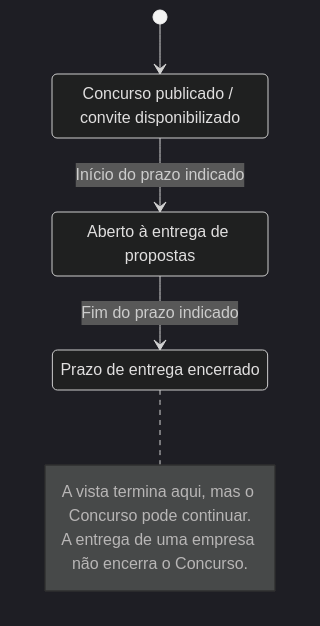
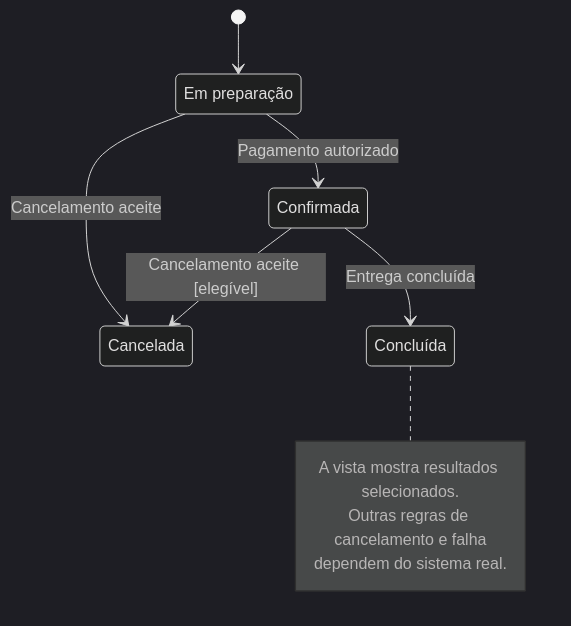
The first of 2 diagrams in context/formats/state-diagrams.md (prumod/cairn-web), drawn with Mermaid (dark theme) before and after one commit. The commit also changed other lines of this file and 5 other files, not shown here.

````diff
--- a/context/formats/state-diagrams.md
+++ b/context/formats/state-diagrams.md
@@ -22,15 +22,19 @@
 ```mermaid
 stateDiagram-v2
-    [*] --> Publicado
-    state "Concurso publicado / convite disponibilizado" as Publicado
-    state "Aberto à entrega de propostas" as Aberto
-    state "Prazo de entrega encerrado" as Encerrado
+    [*] --> Rascunho
+    state "Em preparação" as Rascunho
+    state "Confirmada" as Confirmada
+    state "Cancelada" as Cancelada
+    state "Concluída" as Concluida
 
-    Publicado --> Aberto: Início do prazo indicado
-    Aberto --> Encerrado: Fim do prazo indicado
+    Rascunho --> Confirmada: Pagamento autorizado
+    Rascunho --> Cancelada: Cancelamento aceite
+    Confirmada --> Cancelada: Cancelamento aceite [elegível]
+    Confirmada --> Concluida: Entrega concluída
 
-    note right of Encerrado
-        A vista termina aqui, mas o Concurso pode continuar.
-        A entrega de uma empresa não encerra o Concurso.
+    note right of Concluida
+        A vista mostra resultados selecionados.
+        Outras regras de cancelamento e falha
+        dependem do sistema real.
     end note
 ```
````
